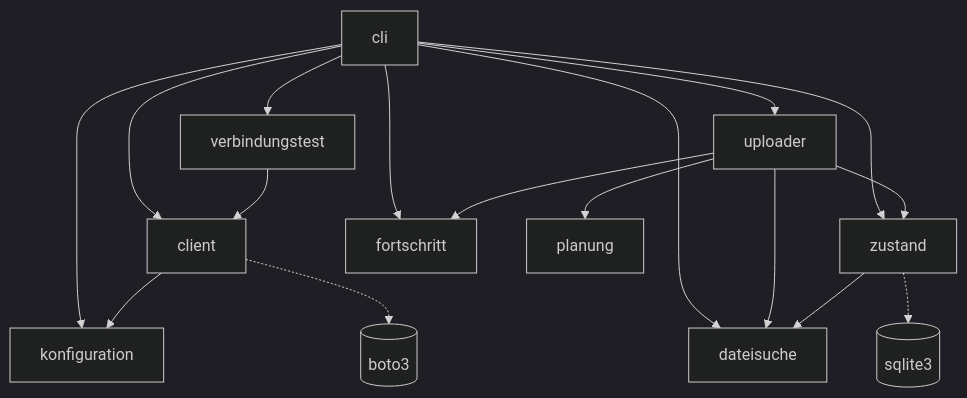
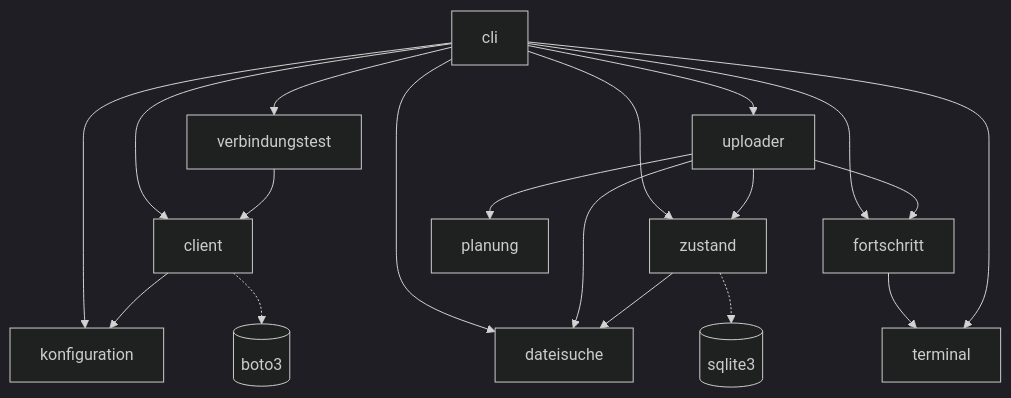
One commit to Weitenbummler/s3-uploader changed the first of 5 diagrams in docs/architektur.md. Above: the diagram before and after it, drawn with Mermaid (dark theme). The commit also changed other lines of this file and 4 other files, not shown here.

````diff
--- a/docs/architektur.md
+++ b/docs/architektur.md
@@ -22,19 +23,21 @@
 ```mermaid
 flowchart TD
     cli --> konfiguration
     cli --> client
     cli --> verbindungstest
     cli --> dateisuche
     cli --> uploader
     cli --> zustand
     cli --> fortschritt
+    fortschritt --> terminal
+    cli --> terminal
     uploader --> planung
     uploader --> zustand
     uploader --> fortschritt
     uploader --> dateisuche
     zustand --> dateisuche
     verbindungstest --> client
     client --> konfiguration
     client -.-> boto3[(boto3)]
     zustand -.-> sqlite3[(sqlite3)]
 ```
````
